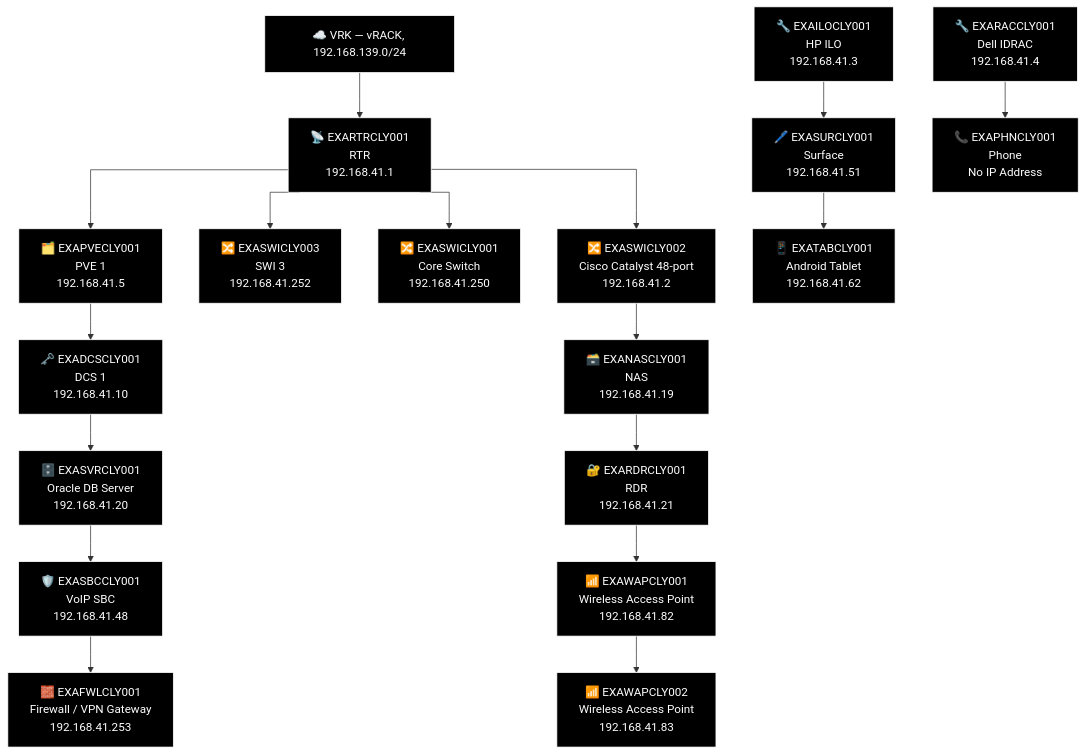
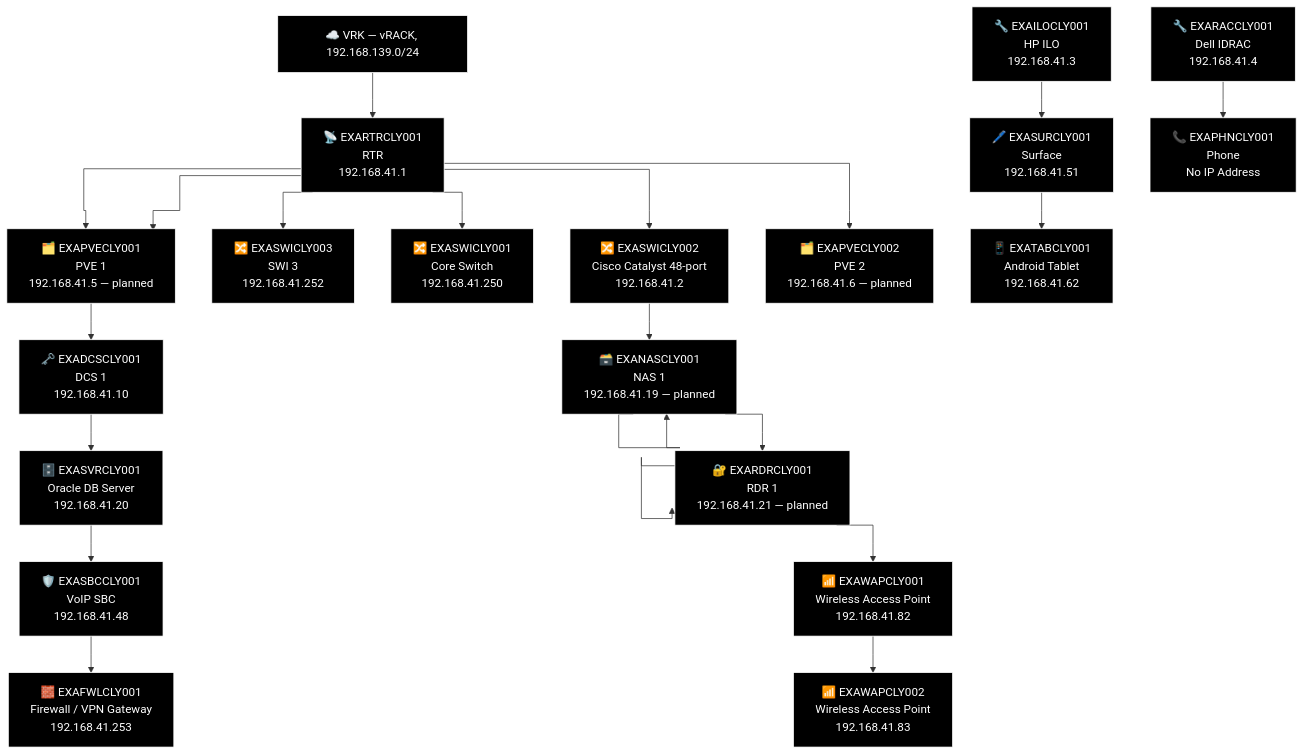
Diagram 12 of 21 in docs/network-diagram/scotland.md (knightmare2600/example_music_infra), drawn with Mermaid before and after one commit. The commit also changed other lines of this file and 12 other files, not shown here.

````diff
--- a/docs/network-diagram/scotland.md
+++ b/docs/network-diagram/scotland.md
@@ -721,53 +765,63 @@
 ```mermaid
 %% GENERATED:TOPOLOGY:CLY:START
 %%{init: {'flowchart': {'curve': 'stepAfter'}}}%%
 graph TD
     T_VRK["☁️ VRK — vRACK, 192.168.139.0/24"]
     T_RTR["📡 EXARTRCLY001<br/>RTR<br/>192.168.41.1"]
     T_VRK --> T_RTR
     T_PVE["🗂️ EXAPVECLY001<br/>PVE 1<br/>192.168.41.5"]
     T_RTR --> T_PVE
     T_SWI["🔀 EXASWICLY003<br/>SWI 3<br/>192.168.41.252"]
     T_RTR --> T_SWI
     T_SWI2["🔀 EXASWICLY001<br/>Core Switch<br/>192.168.41.250"]
     T_RTR --> T_SWI2
     T_SWI3["🔀 EXASWICLY002<br/>Cisco Catalyst 48-port<br/>192.168.41.2"]
     T_RTR --> T_SWI3
+    T_PVE["🗂️ EXAPVECLY001<br/>PVE 1<br/>192.168.41.5 — planned"]
+    T_RTR --> T_PVE
+    T_PVE2["🗂️ EXAPVECLY002<br/>PVE 2<br/>192.168.41.6 — planned"]
+    T_RTR --> T_PVE2
     T_NAS["🗃️ EXANASCLY001<br/>NAS<br/>192.168.41.19"]
+    T_NAS["🗃️ EXANASCLY001<br/>NAS 1<br/>192.168.41.19 — planned"]
     T_RDR["🔐 EXARDRCLY001<br/>RDR<br/>192.168.41.21"]
+    T_RDR["🔐 EXARDRCLY001<br/>RDR 1<br/>192.168.41.21 — planned"]
     T_WAP["📶 EXAWAPCLY001<br/>Wireless Access Point<br/>192.168.41.82"]
     T_WAP2["📶 EXAWAPCLY002<br/>Wireless Access Point<br/>192.168.41.83"]
-    T_SWI3 --> T_NAS --> T_RDR --> T_WAP --> T_WAP2
+    T_SWI3 --> T_NAS --> T_NAS --> T_RDR --> T_RDR --> T_WAP --> T_WAP2
     T_DCS["🗝️ EXADCSCLY001<br/>DCS 1<br/>192.168.41.10"]
     T_SVR["🗄️ EXASVRCLY001<br/>Oracle DB Server<br/>192.168.41.20"]
     T_SBC["🛡️ EXASBCCLY001<br/>VoIP SBC<br/>192.168.41.48"]
     T_FWL["🧱 EXAFWLCLY001<br/>Firewall / VPN Gateway<br/>192.168.41.253"]
     T_PVE --> T_DCS --> T_SVR --> T_SBC --> T_FWL
     T_ILO["🔧 EXAILOCLY001<br/>HP ILO<br/>192.168.41.3"]
     T_RAC["🔧 EXARACCLY001<br/>Dell IDRAC<br/>192.168.41.4"]
     T_SUR["🖊️ EXASURCLY001<br/>Surface<br/>192.168.41.51"]
     T_PHN["📞 EXAPHNCLY001<br/>Phone<br/>No IP Address"]
     T_TAB["📱 EXATABCLY001<br/>Android Tablet<br/>192.168.41.62"]
     T_ILO --> T_SUR --> T_TAB
     T_RAC --> T_PHN
     style T_VRK fill:#000000,stroke:#FFFFFF,color:#FFFFFF
     style T_RTR fill:#000000,stroke:#FFFFFF,color:#FFFFFF
     style T_PVE fill:#000000,stroke:#FFFFFF,color:#FFFFFF
     style T_SWI fill:#000000,stroke:#FFFFFF,color:#FFFFFF
     style T_SWI2 fill:#000000,stroke:#FFFFFF,color:#FFFFFF
     style T_SWI3 fill:#000000,stroke:#FFFFFF,color:#FFFFFF
+    style T_PVE fill:#000000,stroke:#FFFFFF,color:#FFFFFF
+    style T_PVE2 fill:#000000,stroke:#FFFFFF,color:#FFFFFF
     style T_NAS fill:#000000,stroke:#FFFFFF,color:#FFFFFF
+    style T_NAS fill:#000000,stroke:#FFFFFF,color:#FFFFFF
+    style T_RDR fill:#000000,stroke:#FFFFFF,color:#FFFFFF
     style T_RDR fill:#000000,stroke:#FFFFFF,color:#FFFFFF
     style T_WAP fill:#000000,stroke:#FFFFFF,color:#FFFFFF
     style T_WAP2 fill:#000000,stroke:#FFFFFF,color:#FFFFFF
     style T_DCS fill:#000000,stroke:#FFFFFF,color:#FFFFFF
     style T_SVR fill:#000000,stroke:#FFFFFF,color:#FFFFFF
     style T_SBC fill:#000000,stroke:#FFFFFF,color:#FFFFFF
     style T_FWL fill:#000000,stroke:#FFFFFF,color:#FFFFFF
     style T_ILO fill:#000000,stroke:#FFFFFF,color:#FFFFFF
     style T_RAC fill:#000000,stroke:#FFFFFF,color:#FFFFFF
     style T_SUR fill:#000000,stroke:#FFFFFF,color:#FFFFFF
     style T_PHN fill:#000000,stroke:#FFFFFF,color:#FFFFFF
     style T_TAB fill:#000000,stroke:#FFFFFF,color:#FFFFFF
 %% GENERATED:TOPOLOGY:CLY:END
 ```
````
